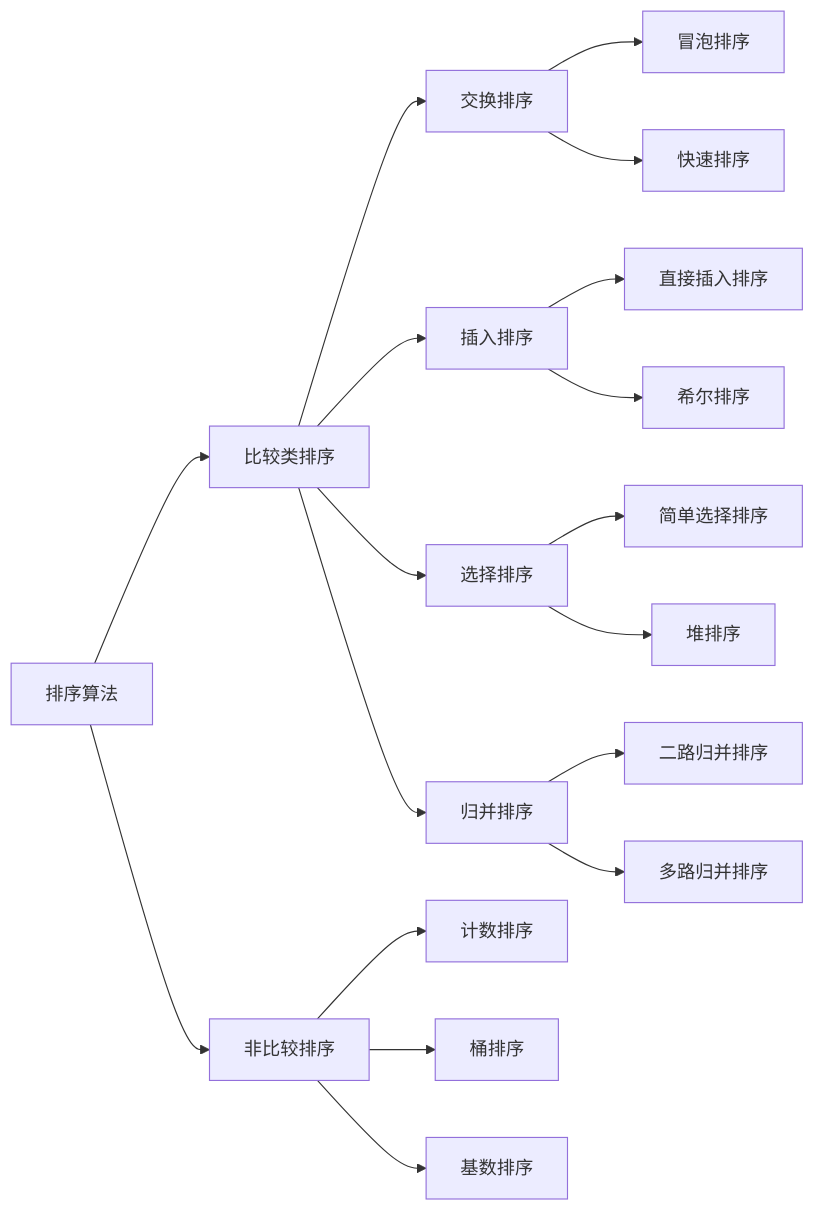
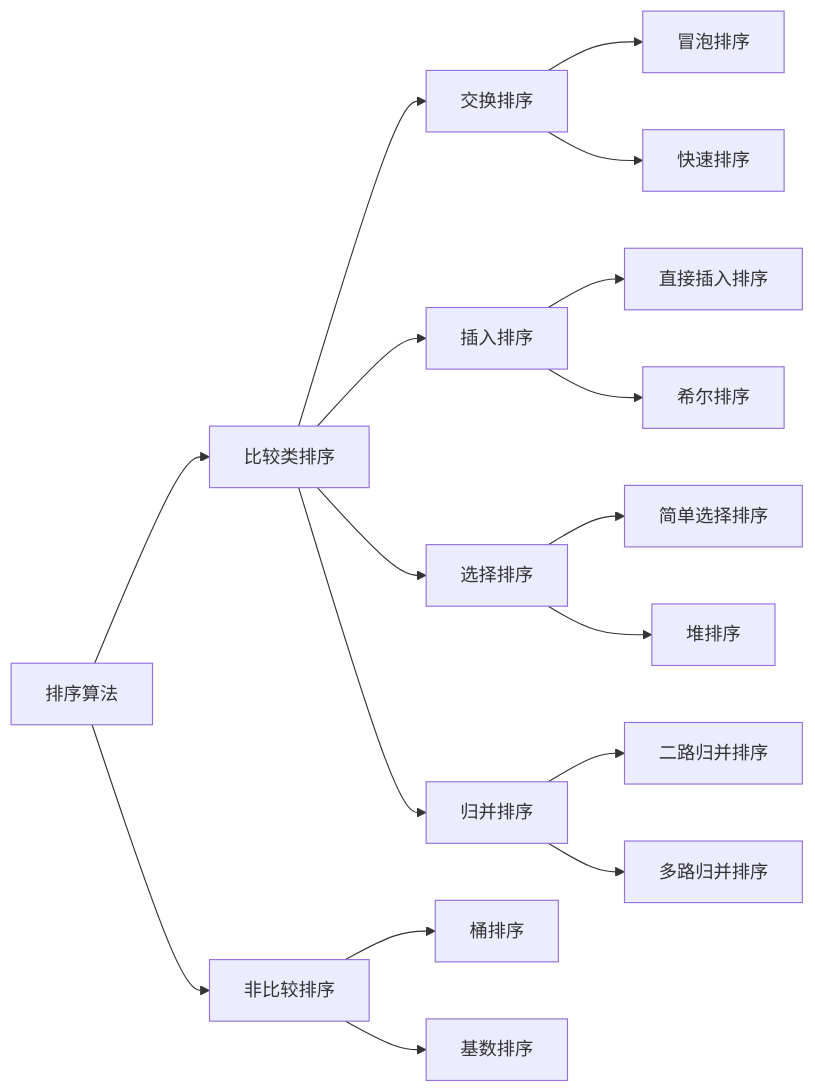
The diagram in source/_posts/7-随笔/阅读归纳/4-李煜东算法学习思路.md (AmosTian/blog), drawn with Mermaid before and after one commit. The commit also changed 1115 other files, not shown here.

````diff
--- a/source/_posts/7-随笔/阅读归纳/4-李煜东算法学习思路.md
+++ b/source/_posts/7-随笔/阅读归纳/4-李煜东算法学习思路.md
@@ -37,20 +37,19 @@
 ```mermaid
 graph LR
 A["排序算法"]-->B["比较类排序"]
 A-->C["非比较排序"]
 B-->D["交换排序"]
 D-->冒泡排序
 D-->快速排序
 B-->E["插入排序"]
 E-->直接插入排序
 E-->希尔排序
 B-->F["选择排序"]
 F-->简单选择排序
 F-->堆排序
 B-->G["归并排序"]
 G-->二路归并排序
 G-->多路归并排序
-C-->计数排序
 C-->桶排序
 C-->基数排序
 ```
````
